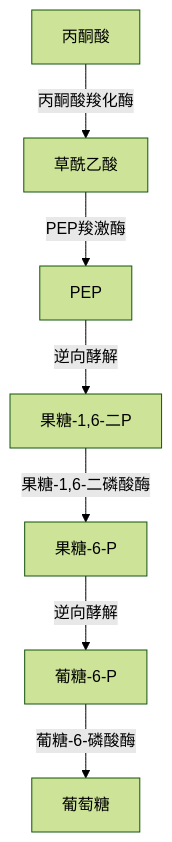
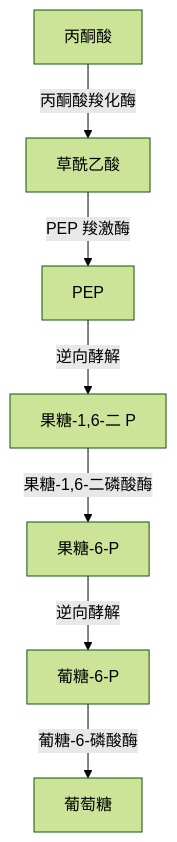
Before and after one commit to Tianshang301/TianshangKnowledgeBase: the first of 2 diagrams in 02_NaturalSciences/Chemistry/Biochemistry/代谢途径.md, drawn with Mermaid (forest theme). The commit also changed other lines of this file and 2257 other files, not shown here.

````diff
--- a/02_NaturalSciences/Chemistry/Biochemistry/代谢途径.md
+++ b/02_NaturalSciences/Chemistry/Biochemistry/代谢途径.md
@@ -61,9 +61,9 @@
 ```mermaid
 graph TD
     A[丙酮酸] -->|丙酮酸羧化酶| B[草酰乙酸]
-    B -->|PEP羧激酶| C[PEP]
-    C -->|逆向酵解| D[果糖-1,6-二P]
+    B -->|PEP 羧激酶| C[PEP]
+    C -->|逆向酵解| D[果糖-1,6-二 P]
     D -->|果糖-1,6-二磷酸酶| E[果糖-6-P]
     E -->|逆向酵解| F[葡糖-6-P]
     F -->|葡糖-6-磷酸酶| G[葡萄糖]
 ```
````
